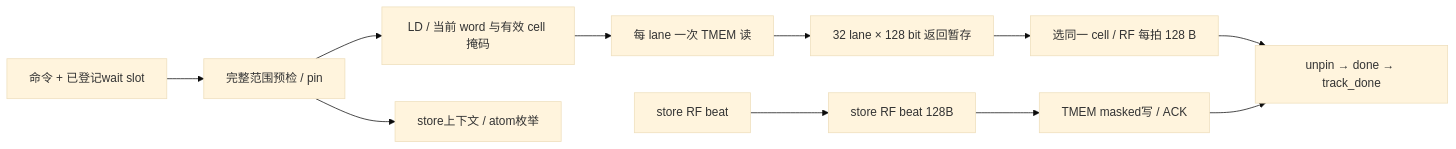
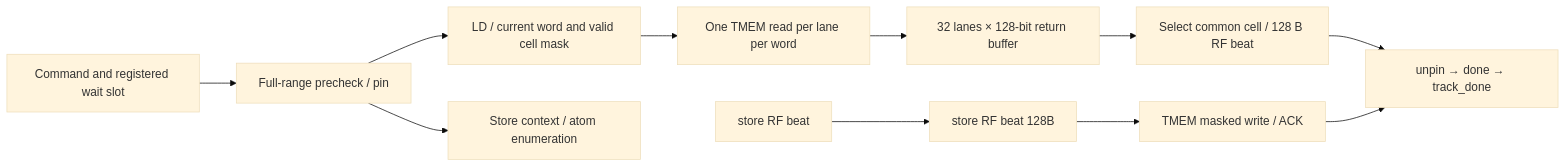
Before and after one commit to yuhin777/Allegro: the diagram in doc/rtl_specs/tmem/blackwell_tmem_ldst_engine.md, drawn with Mermaid (base theme). The commit also changed other lines of this file and 45 other files, not shown here.

````diff
--- a/doc/rtl_specs/tmem/blackwell_tmem_ldst_engine.md
+++ b/doc/rtl_specs/tmem/blackwell_tmem_ldst_engine.md
@@ -21,12 +21,12 @@
 ```mermaid
 flowchart LR
-    C[命令 + 已登记wait slot] --> PRE[完整范围预检 / pin]
-    PRE --> L[LD / 当前 word 与有效 cell 掩码]
-    PRE --> S[store上下文 / atom枚举]
-    L --> RD[每 lane 一次 TMEM 读]
-    RD --> ROW[32 lane × 128 bit 返回暂存]
-    ROW --> G[选同一 cell / RF 每拍 128 B]
+    C["Command and registered wait slot"] --> PRE["Full-range precheck / pin"]
+    PRE --> L["LD / current word and valid cell mask"]
+    PRE --> S["Store context / atom enumeration"]
+    L --> RD["One TMEM read per lane per word"]
+    RD --> ROW["32 lanes × 128-bit return buffer"]
+    ROW --> G["Select common cell / 128 B RF beat"]
     RF[store RF beat] --> BUF[store RF beat 128B]
-    BUF --> WR[TMEM masked写 / ACK]
+    BUF --> WR["TMEM masked write / ACK"]
     G & WR --> DONE[unpin → done → track_done]
 ```
````
